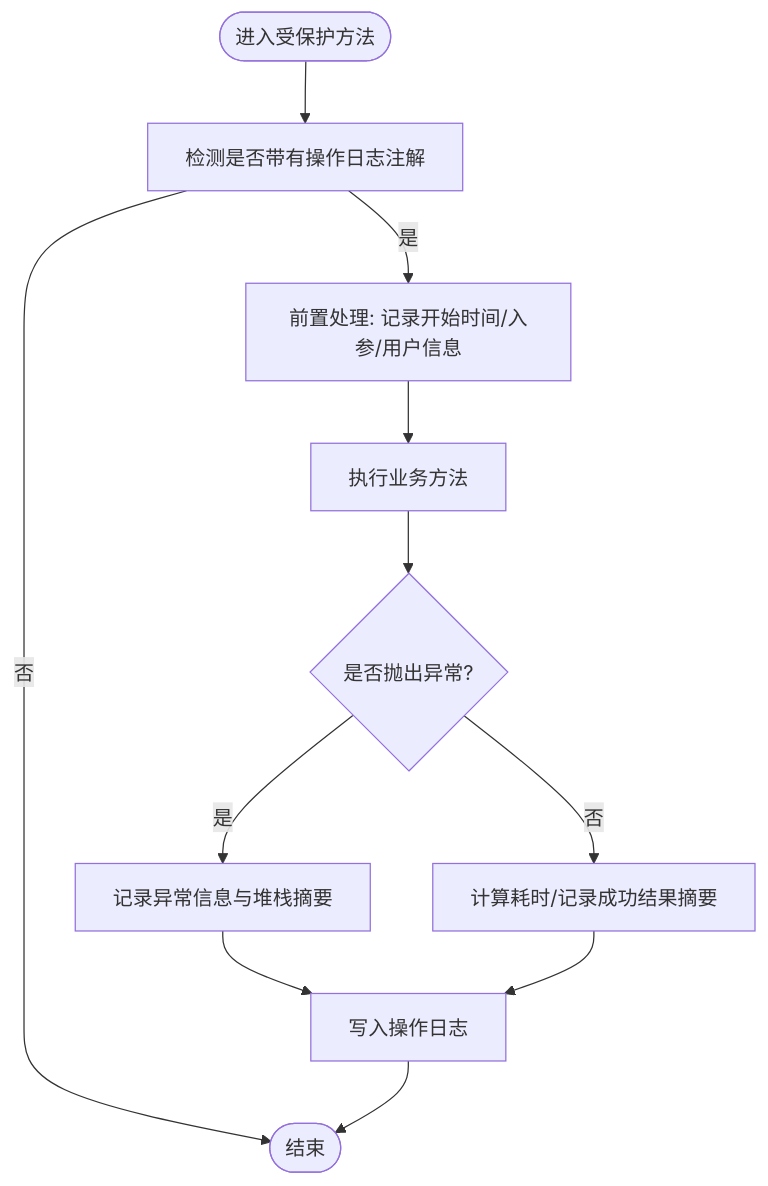
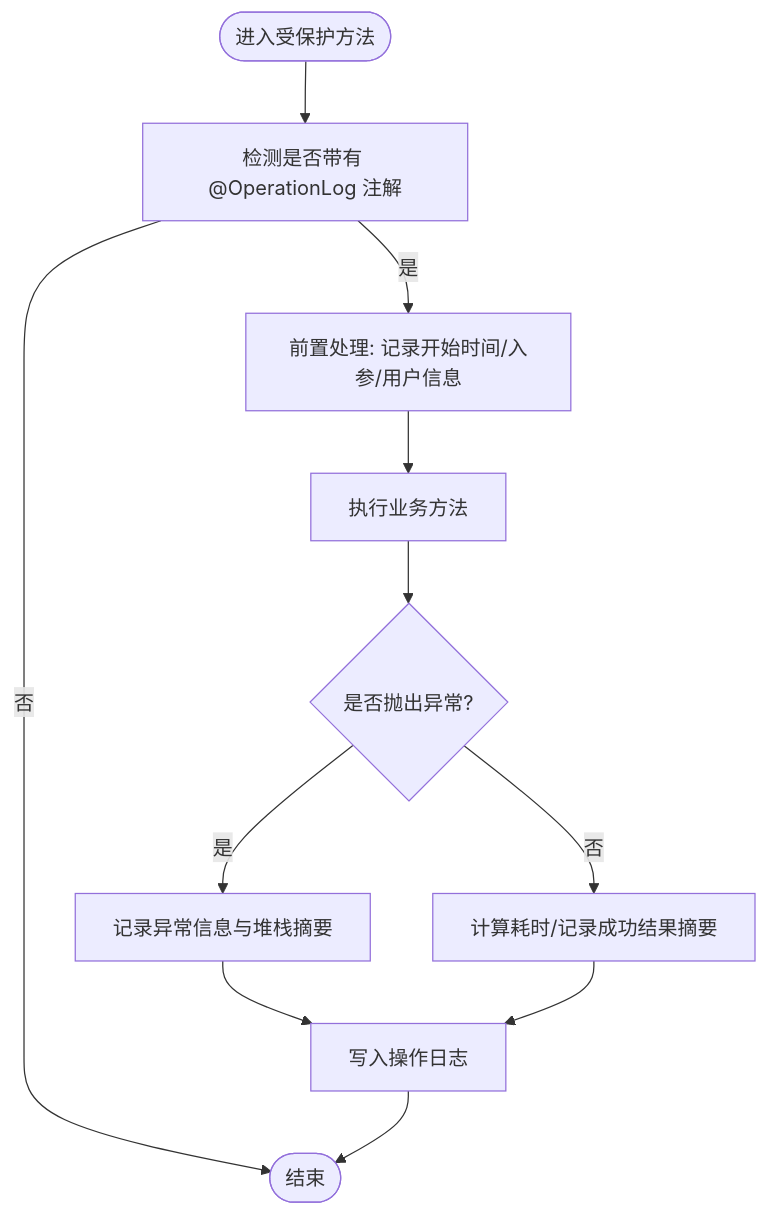
One commit to DrunkFood/First changed the fourth of 8 diagrams in .qoder/repowiki/zh/content/后端服务/公共模块 (ele-ai-tender-common)/日志记录与链路追踪.md. Above: the diagram before and after it, drawn with Mermaid. The commit also changed other lines of this file and 66 other files, not shown here.

````diff
--- a/.qoder/repowiki/zh/content/后端服务/公共模块 (ele-ai-tender-common)/日志记录与链路追踪.md
+++ b/.qoder/repowiki/zh/content/后端服务/公共模块 (ele-ai-tender-common)/日志记录与链路追踪.md
@@ -208,13 +189,13 @@
 ```mermaid
 flowchart TD
-Start(["进入受保护方法"]) --> CheckAnno["检测是否带有操作日志注解"]
+Start(["进入受保护方法"]) --> CheckAnno["检测是否带有 @OperationLog 注解"]
 CheckAnno --> |是| Before["前置处理: 记录开始时间/入参/用户信息"]
 CheckAnno --> |否| End(["结束"])
 Before --> Invoke["执行业务方法"]
 Invoke --> Result{"是否抛出异常?"}
 Result --> |是| CatchErr["记录异常信息与堆栈摘要"]
 Result --> |否| CalcTime["计算耗时/记录成功结果摘要"]
 CatchErr --> Persist["写入操作日志"]
 CalcTime --> Persist
 Persist --> End
 ```
````
